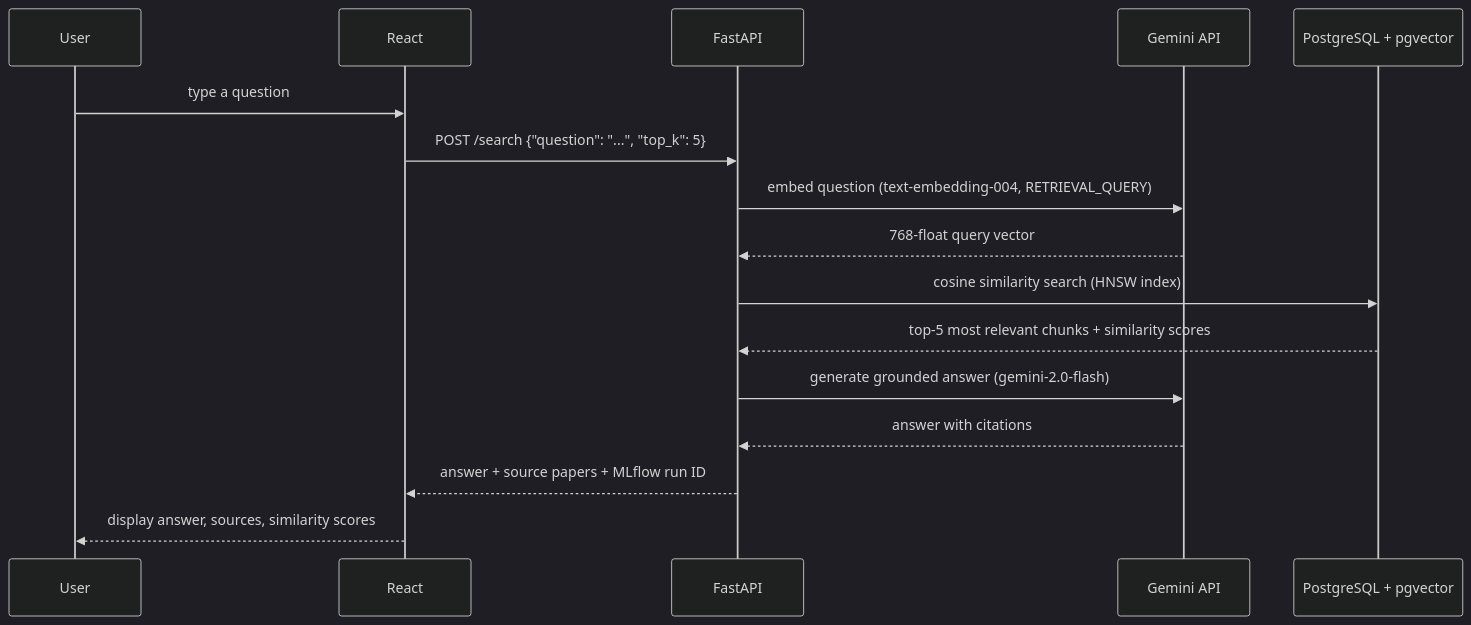
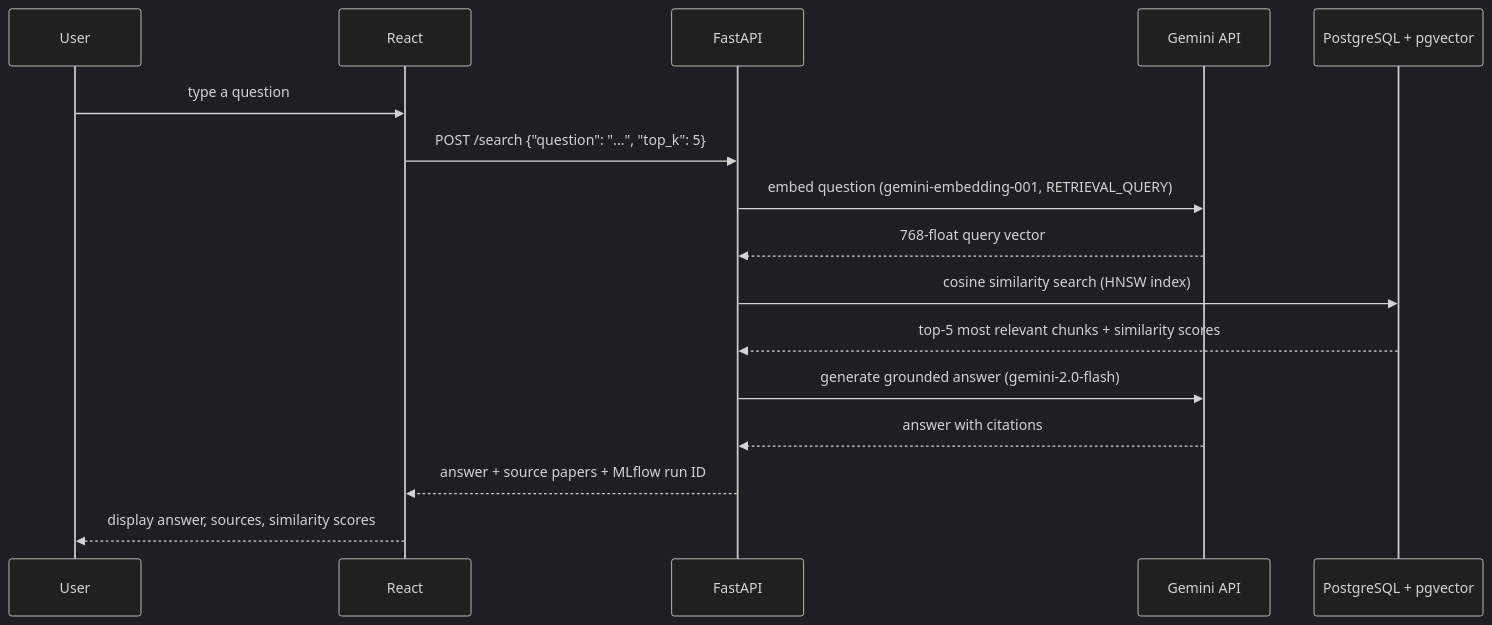
The third of 3 diagrams in README.md (dingzehu/arxiv-rag), drawn with Mermaid (dark theme) before and after one commit. The commit also changed other lines of this file, not shown here.

````diff
--- a/README.md
+++ b/README.md
@@ -70,19 +71,19 @@
 ```mermaid
 sequenceDiagram
     participant U as User
     participant R as React
     participant F as FastAPI
     participant G as Gemini API
     participant P as PostgreSQL + pgvector
 
     U->>R: type a question
     R->>F: POST /search {"question": "...", "top_k": 5}
-    F->>G: embed question (text-embedding-004, RETRIEVAL_QUERY)
+    F->>G: embed question (gemini-embedding-001, RETRIEVAL_QUERY)
     G-->>F: 768-float query vector
     F->>P: cosine similarity search (HNSW index)
     P-->>F: top-5 most relevant chunks + similarity scores
     F->>G: generate grounded answer (gemini-2.0-flash)
     G-->>F: answer with citations
     F-->>R: answer + source papers + MLflow run ID
     R-->>U: display answer, sources, similarity scores
 ```
````
